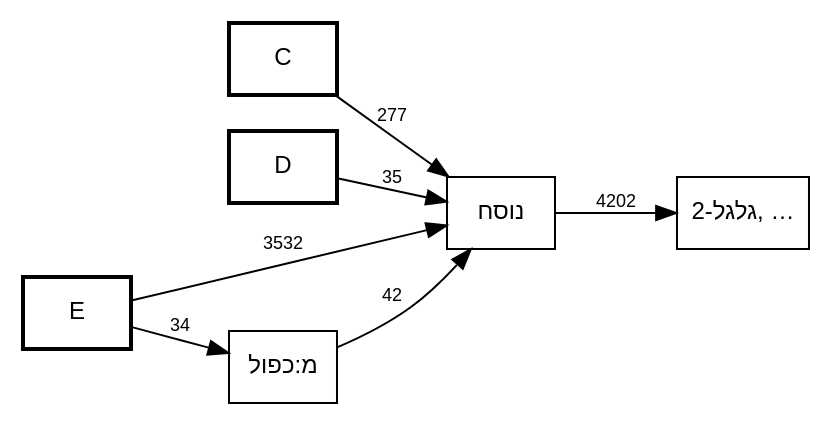
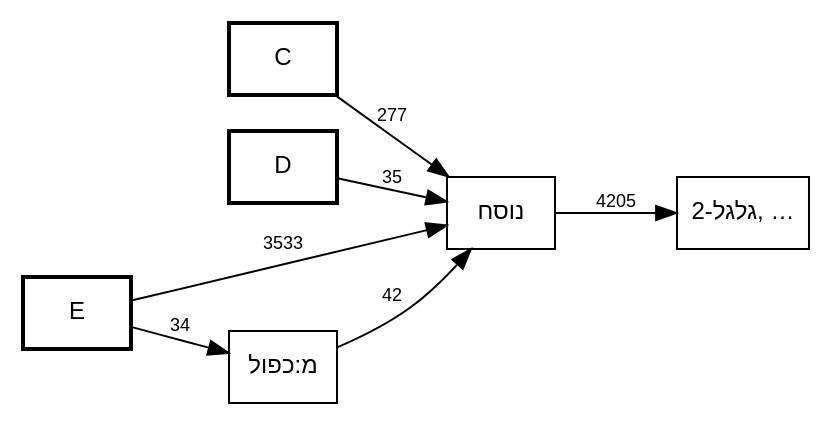
Before and after one commit to bdenckla/MAM-basics: the diagram in out/MAM-tmpl-survey/plain-nusach-call-graph.dot, drawn with Graphviz. The commit also changed 7 other files, not shown here.

```diff
--- a/out/MAM-tmpl-survey/plain-nusach-call-graph.dot
+++ b/out/MAM-tmpl-survey/plain-nusach-call-graph.dot
@@ -1,68 +1,68 @@
 digraph template_call_graph {
     rankdir=LR;
     node [fontname="SBL Hebrew,Helvetica", fontsize=12];
     edge [fontname="Helvetica", fontsize=9];
 
     // Column nodes
     node [shape=box, style=bold];
     "C";
     "D";
     "E";
 
     // Template nodes
     node [shape=box, style=""];
     "גלגל-2" [label="גלגל-2, …", tooltip="גלגל-2
 כו\"ק
 כתיב ולא קרי
 מ:אות מנוקדת
 מ:אות-ג
 מ:אות-ק
 מ:אין פרשה בתחילת פרק
 מ:אין פרשה בתחילת פרק בספרי אמ\"ת
 מ:גרש ותלישא גדולה
 מ:גרשיים ותלישא גדולה
 מ:דחי
 מ:טעם ומתג באות אחת
 מ:ירושלם
 מ:כו\"ק בין שני מקפים
 מ:כו\"ק כתיב מילה חדה וקרי תרתין מילין
 מ:כו\"ק כתיב מילה חדה וקרי תרתין מילין בין שני מקפים
 מ:כו\"ק כתיב תרתין מילין וקרי מילה חדה
 מ:כו\"ק קרי שונה מהכתיב בשתי מילים
 מ:כו\"ק של שלוש מילים בהערה אחת
 מ:כו\"ק של שתי מילים בהערה אחת
 מ:לגרמיה-2
 מ:מקף אפור
 מ:נו\"ן הפוכה
 מ:סיום בטוב
 מ:פסוק
 מ:פסק
 מ:צינור
 מ:קו\"כ כתיב מילה חדה וקרי תרתין מילין
 מ:קו\"כ קרי שונה מהכתיב בשתי מילים
 מ:קישור בהערה
 מ:קישור פנימי בהערה
 מ:קמץ
 מודגש
 סס
 ססס
 פפ
 פפפ
 קו\"כ
 קו\"כ-אם
 קרי ולא כתיב
 ר0
 ר1
 ר3
 ר4
 ש
 שני טעמים באות אחת קמץ-תחתון-פתח-עליון"];
 
     // Edges
     "C" -> "נוסח" [label="277"];
     "D" -> "נוסח" [label="35"];
     "E" -> "מ:כפול" [label="34"];
-    "E" -> "נוסח" [label="3532"];
+    "E" -> "נוסח" [label="3533"];
     "מ:כפול" -> "נוסח" [label="42"];
-    "נוסח" -> "גלגל-2" [label="4202"];
+    "נוסח" -> "גלגל-2" [label="4205"];
 }
```
